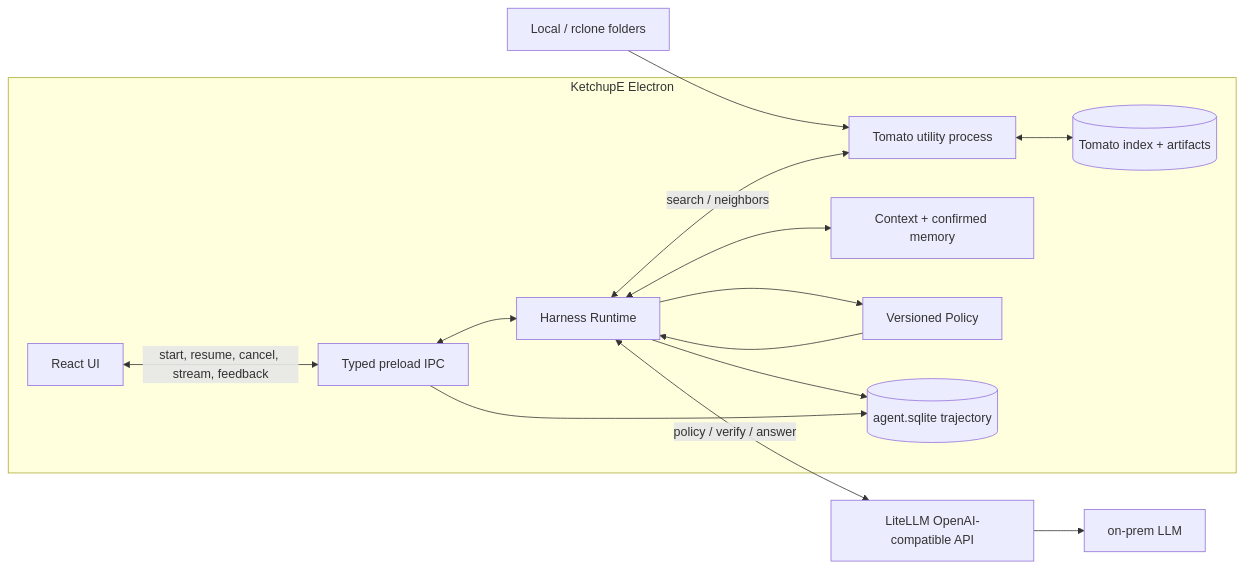
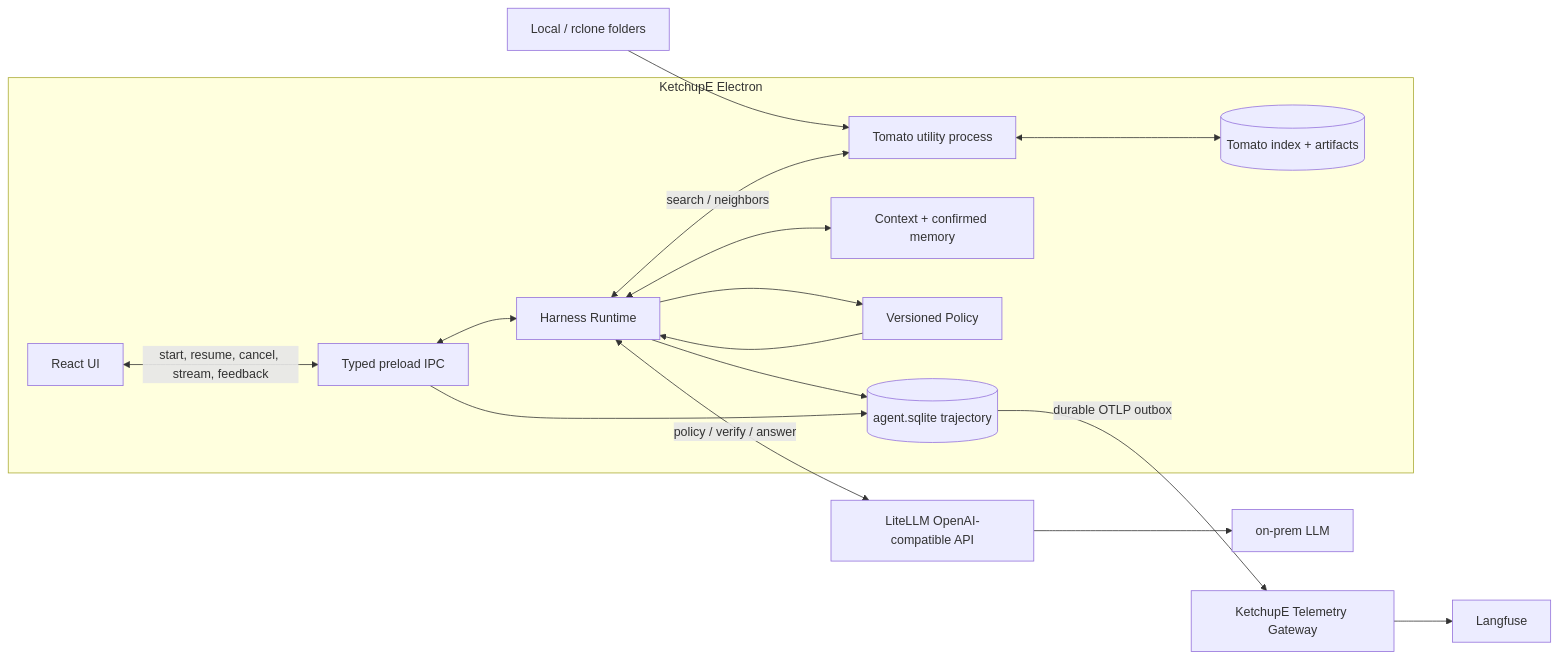
Before and after one commit to kc-ml2/KetchupE: the diagram in KETCHUPE_V3_ARCHITECTURE.md, drawn with Mermaid. The commit also changed other lines of this file and 55 other files, not shown here.

````diff
--- a/KETCHUPE_V3_ARCHITECTURE.md
+++ b/KETCHUPE_V3_ARCHITECTURE.md
@@ -147,28 +147,30 @@
 ```mermaid
 flowchart LR
     SOURCES[Local / rclone folders] --> TW
 
     subgraph APP[KetchupE Electron]
         UI[React UI]
         IPC[Typed preload IPC]
         HR[Harness Runtime]
         CTX[Context + confirmed memory]
         POLICY[Versioned Policy]
         TRACE[(agent.sqlite trajectory)]
         TW[Tomato utility process]
         INDEX[(Tomato index + artifacts)]
 
         UI <-->|start, resume, cancel, stream, feedback| IPC
         IPC <--> HR
         HR <--> CTX
         HR --> POLICY
         POLICY --> HR
         HR <-->|search / neighbors| TW
         TW <--> INDEX
         HR --> TRACE
         IPC --> TRACE
     end
 
     HR <-->|policy / verify / answer| LITELLM[LiteLLM OpenAI-compatible API]
     LITELLM --> LLM[on-prem LLM]
+    TRACE -->|durable OTLP outbox| GATEWAY[KetchupE Telemetry Gateway]
+    GATEWAY --> LANGFUSE[Langfuse]
 ```
````
